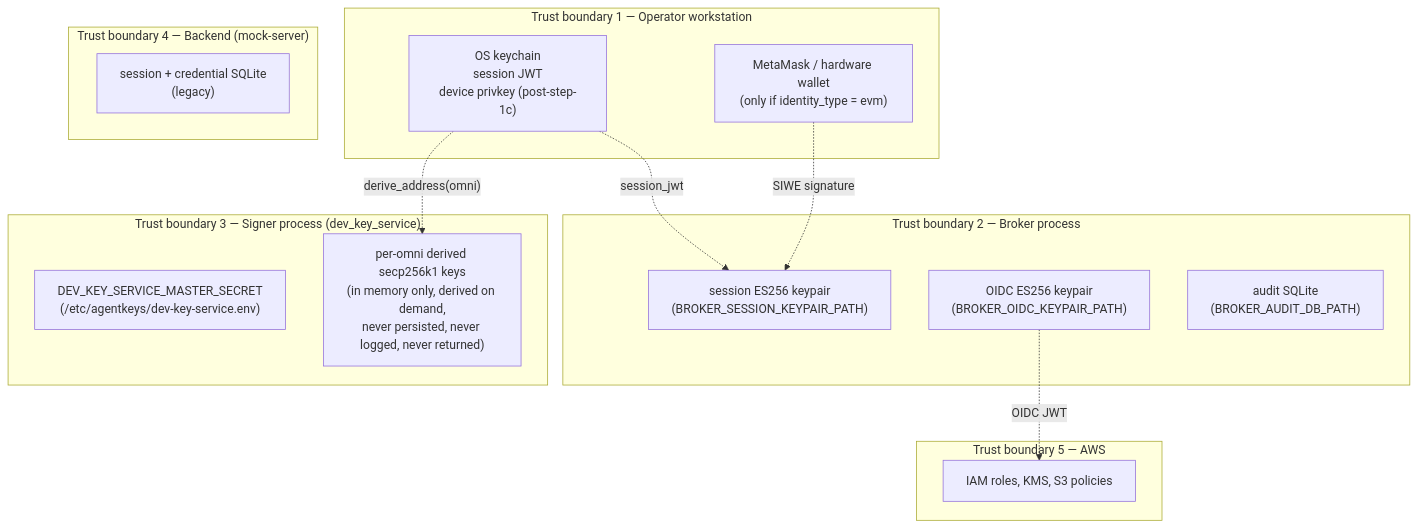
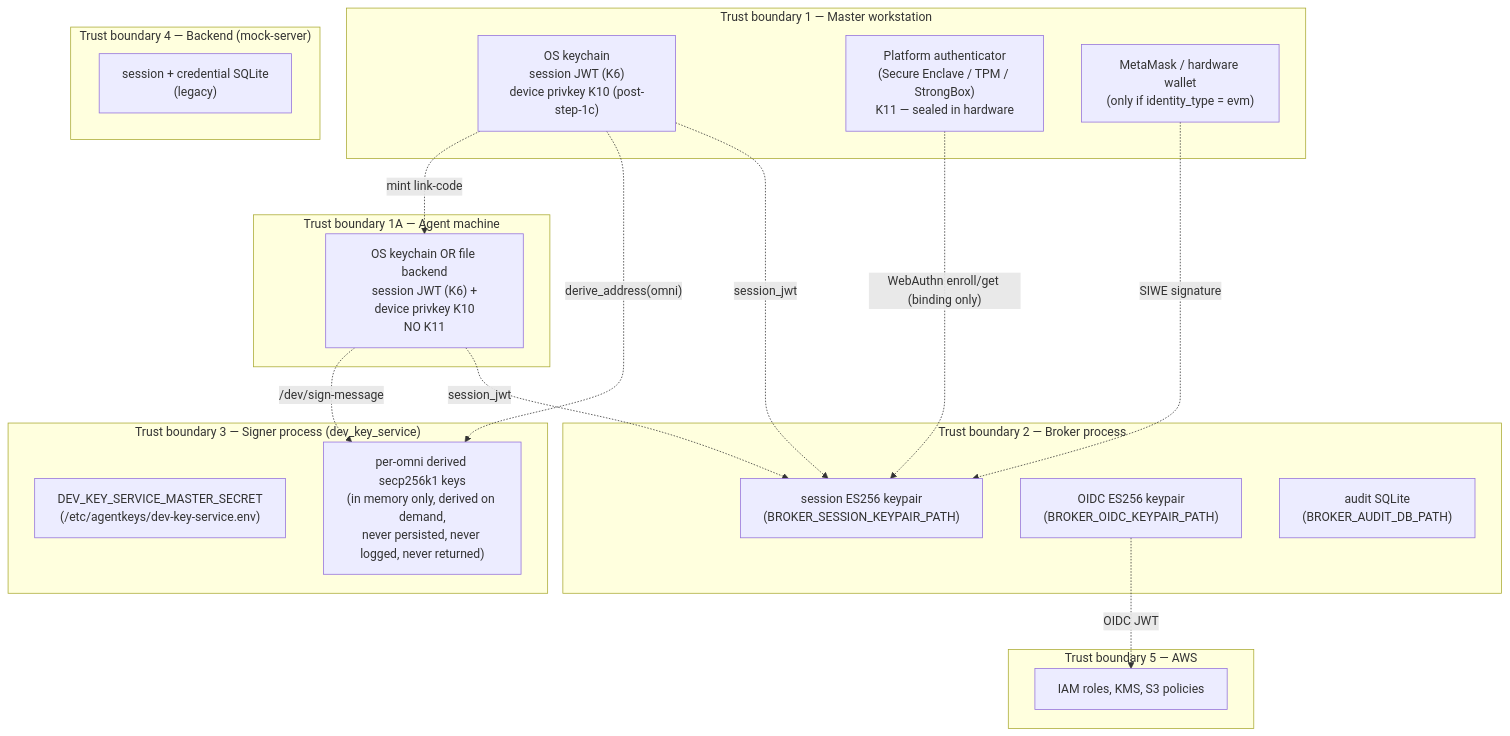
Before and after one commit to joker4002/agentKeys: the second of 6 diagrams in docs/spec/architecture.md, drawn with Mermaid. The commit also changed other lines of this file and 2 other files, not shown here.

First line of the commit message:
docs: master/agent split + WebAuthn-uniform binding ceremony (v0.2 target)

````diff
--- a/docs/spec/architecture.md
+++ b/docs/spec/architecture.md
@@ -87,31 +87,40 @@
 ```mermaid
 flowchart TB
-  subgraph TB1["Trust boundary 1 — Operator workstation"]
-    OS_KC["OS keychain<br/>session JWT<br/>device privkey (post-step-1c)"]
+  subgraph TB1["Trust boundary 1 — Master workstation"]
+    OS_KC["OS keychain<br/>session JWT (K6)<br/>device privkey K10 (post-step-1c)"]
+    PA["Platform authenticator<br/>(Secure Enclave / TPM / StrongBox)<br/>K11 — sealed in hardware"]
     EVM_W["MetaMask / hardware wallet<br/>(only if identity_type = evm)"]
+  end
+
+  subgraph TB1A["Trust boundary 1A — Agent machine"]
+    AGENT_KC["OS keychain OR file backend<br/>session JWT (K6) +<br/>device privkey K10<br/>NO K11"]
   end
 
   subgraph TB2["Trust boundary 2 — Broker process"]
     SESS_KP["session ES256 keypair<br/>(BROKER_SESSION_KEYPAIR_PATH)"]
     OIDC_KP["OIDC ES256 keypair<br/>(BROKER_OIDC_KEYPAIR_PATH)"]
     AUDIT_DB["audit SQLite<br/>(BROKER_AUDIT_DB_PATH)"]
   end
 
   subgraph TB3["Trust boundary 3 — Signer process (dev_key_service)"]
     MASTER["DEV_KEY_SERVICE_MASTER_SECRET<br/>(/etc/agentkeys/dev-key-service.env)"]
     SIGNER_KP["per-omni derived secp256k1 keys<br/>(in memory only, derived on demand,<br/>never persisted, never logged, never returned)"]
   end
 
   subgraph TB4["Trust boundary 4 — Backend (mock-server)"]
     SES_DB["session + credential SQLite<br/>(legacy)"]
   end
 
   subgraph TB5["Trust boundary 5 — AWS"]
     AWS_KMS["IAM roles, KMS, S3 policies"]
   end
 
   OS_KC -. session_jwt .-> SESS_KP
   OS_KC -. derive_address(omni) .-> SIGNER_KP
+  PA -. WebAuthn enroll/get (binding only) .-> SESS_KP
   EVM_W -. SIWE signature .-> SESS_KP
+  AGENT_KC -. session_jwt .-> SESS_KP
+  AGENT_KC -. /dev/sign-message .-> SIGNER_KP
+  OS_KC -. mint link-code .-> AGENT_KC
   OIDC_KP -. OIDC JWT .-> AWS_KMS
 ```
````
